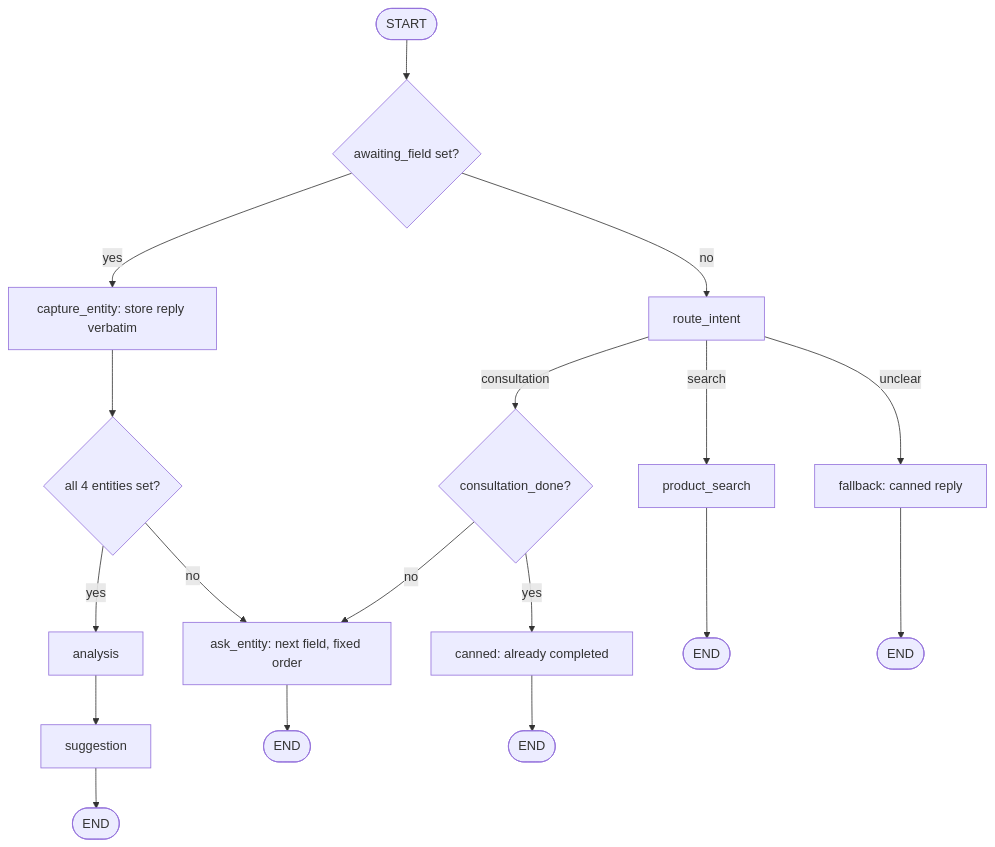
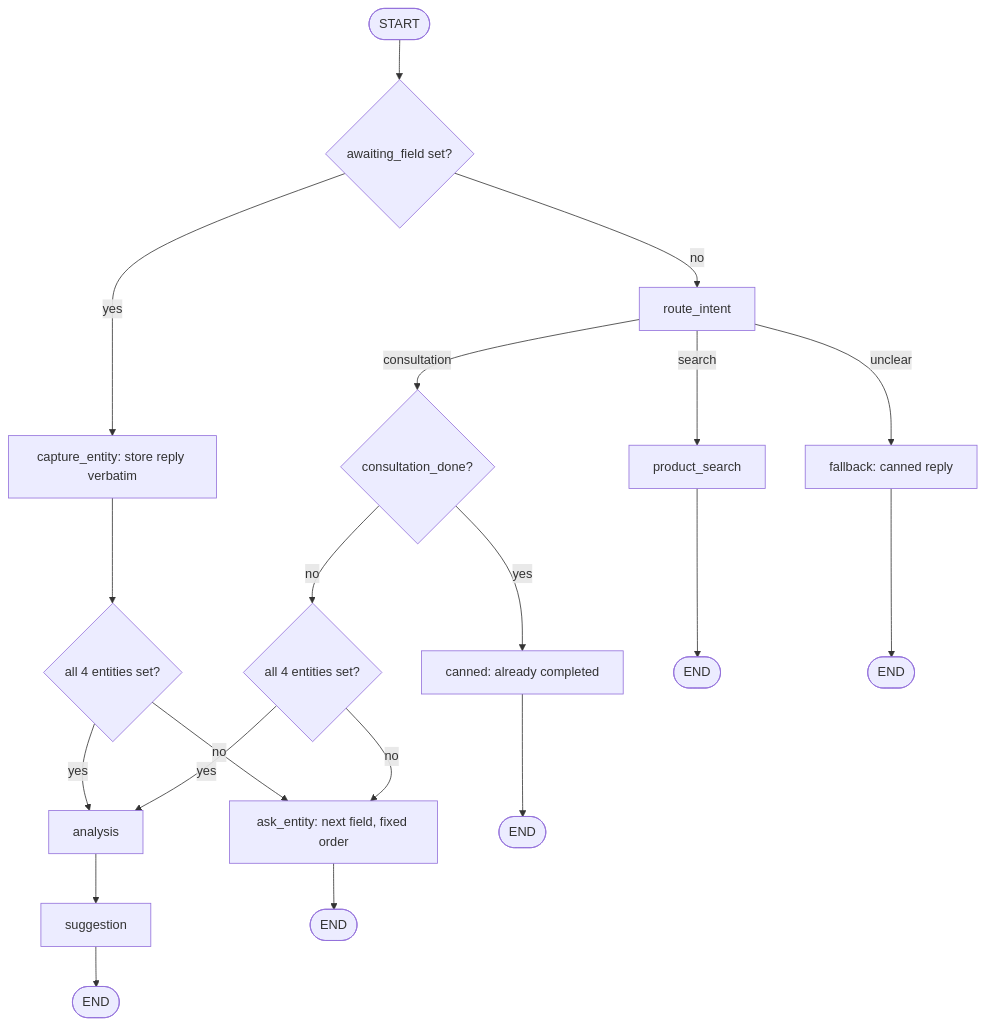
Before and after one commit to MKousheshi/parstech-interview-task: the diagram in docs/ARCHITECTURE_RIGID.md, drawn with Mermaid. The commit also changed other lines of this file and 4 other files, not shown here.

````diff
--- a/docs/ARCHITECTURE_RIGID.md
+++ b/docs/ARCHITECTURE_RIGID.md
@@ -83,20 +83,22 @@
 ```mermaid
 flowchart TD
     START([START]) --> pending{awaiting_field set?}
     pending -->|yes| capture[capture_entity: store reply verbatim]
     capture --> gate1{all 4 entities set?}
     gate1 -->|no| ask[ask_entity: next field, fixed order]
     gate1 -->|yes| analysis[analysis]
     analysis --> suggestion[suggestion]
     pending -->|no| route[route_intent]
     route -->|search| psearch[product_search]
     route -->|unclear| fallback[fallback: canned reply]
     route -->|consultation| gate2{consultation_done?}
     gate2 -->|yes| idle_reply[canned: already completed]
-    gate2 -->|no| ask
+    gate2 -->|no| gate3{all 4 entities set?}
+    gate3 -->|no| ask
+    gate3 -->|yes| analysis
     ask --> ENDa([END])
     psearch --> ENDb([END])
     fallback --> ENDc([END])
     idle_reply --> ENDd([END])
     suggestion --> ENDe([END])
 ```
````
